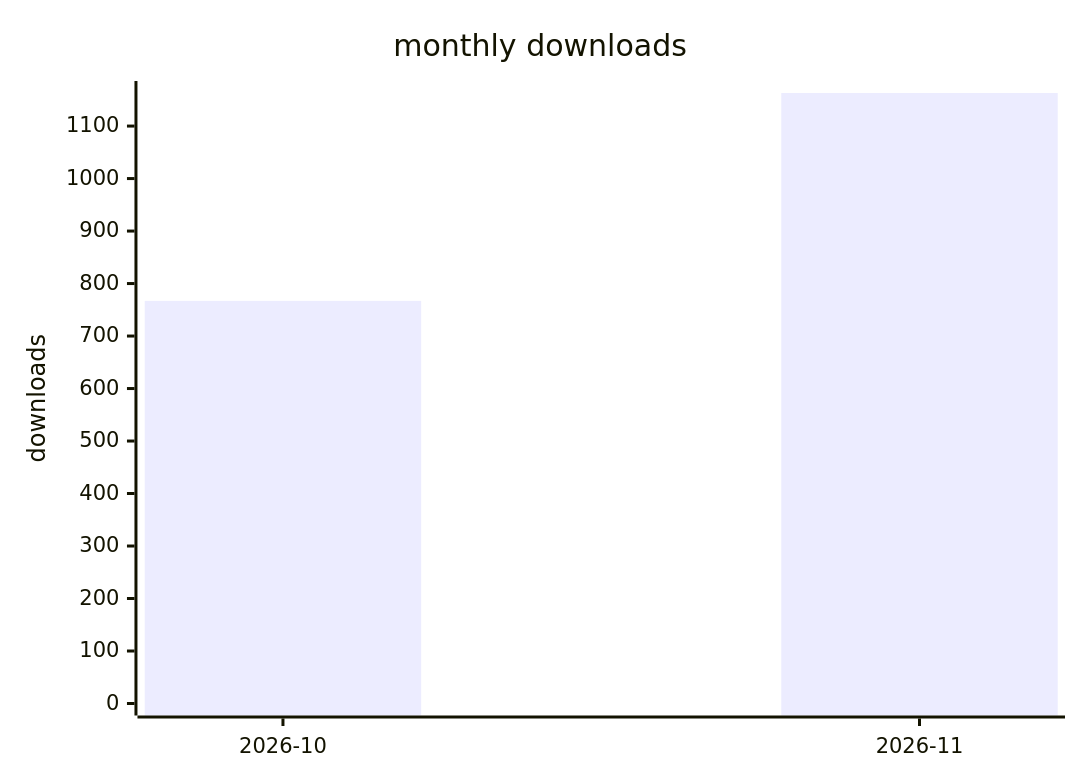
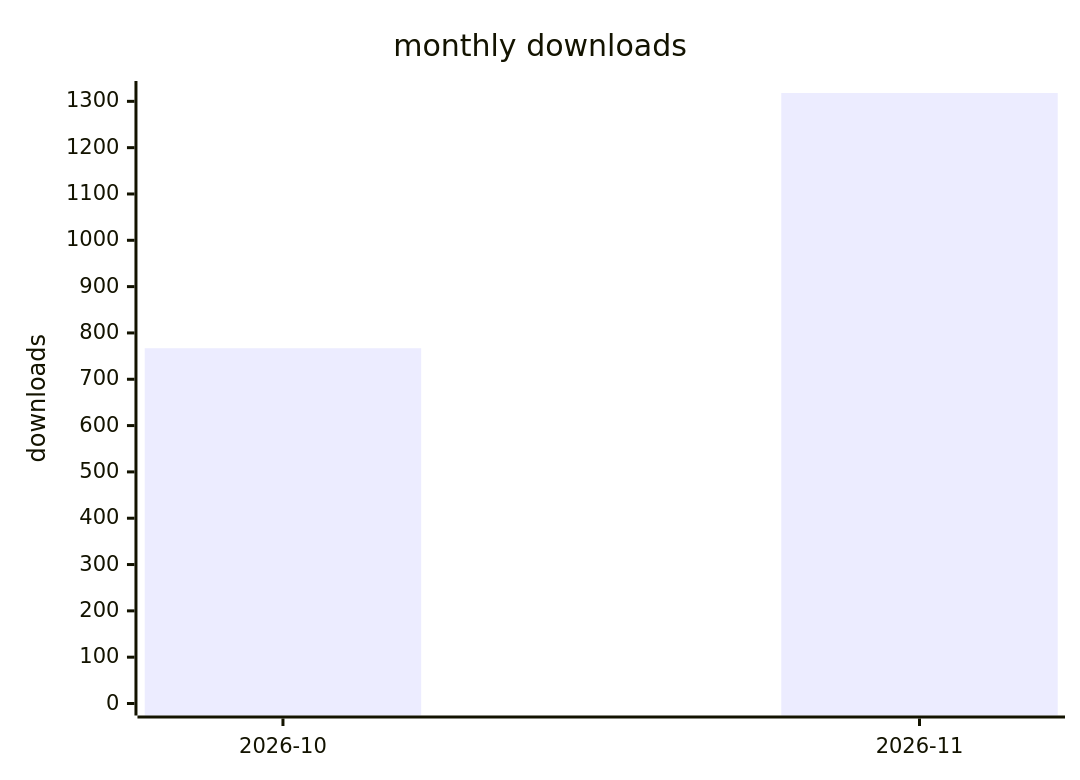
Before and after one commit to terry2010/opencode-loop-recover: the second of 2 diagrams in docs/downloads-2026.md, drawn with Mermaid. The commit also changed other lines of this file and 1 other file, not shown here.

````diff
--- a/docs/downloads-2026.md
+++ b/docs/downloads-2026.md
@@ -29,7 +29,7 @@
 ```mermaid
 xychart-beta
     title "monthly downloads"
     x-axis ["2026-10", "2026-11"]
-    y-axis "downloads" 0 --> 1163
-    bar [767, 1163]
+    y-axis "downloads" 0 --> 1318
+    bar [767, 1318]
 ```
````
